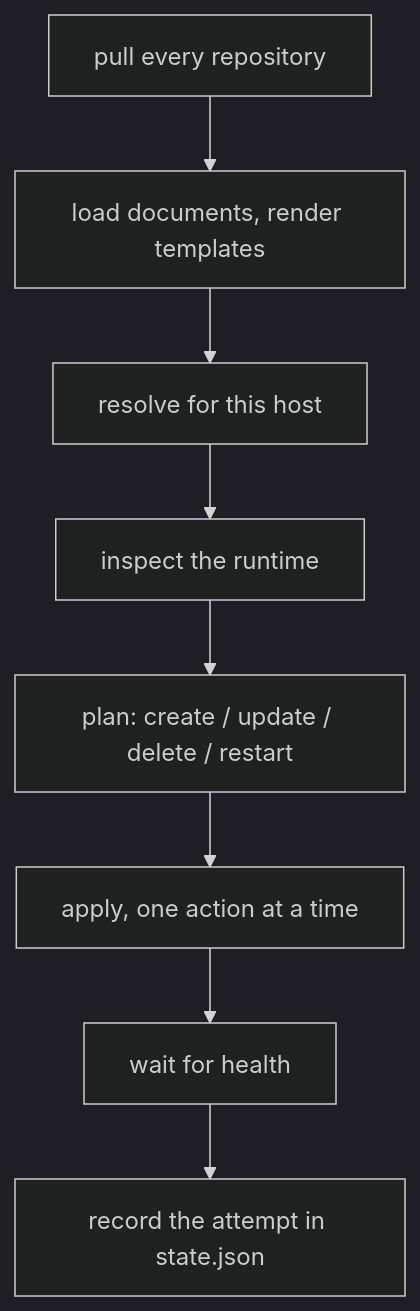
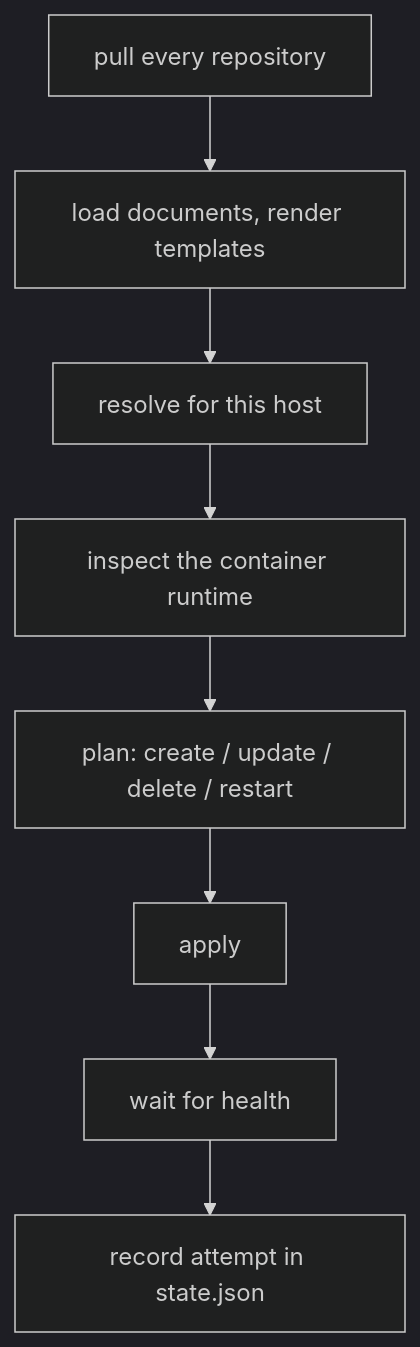
The diagram in docs/docs/behaviour.md (podcd/podcd), drawn with Mermaid (dark theme) before and after one commit. The commit also changed other lines of this file, not shown here.

````diff
--- a/docs/docs/behaviour.md
+++ b/docs/docs/behaviour.md
@@ -8,10 +8,10 @@
 ```mermaid
 flowchart TD
   pull["pull every repository"] --> load["load documents, render templates"]
   load --> resolve["resolve for this host"]
-  resolve --> inspect["inspect the runtime"]
+  resolve --> inspect["inspect the container runtime"]
   inspect --> plan["plan: create / update / delete / restart"]
-  plan --> apply["apply, one action at a time"]
+  plan --> apply["apply"]
   apply --> health["wait for health"]
-  health --> record["record the attempt in state.json"]
+  health --> record["record attempt in state.json"]
 ```
````
